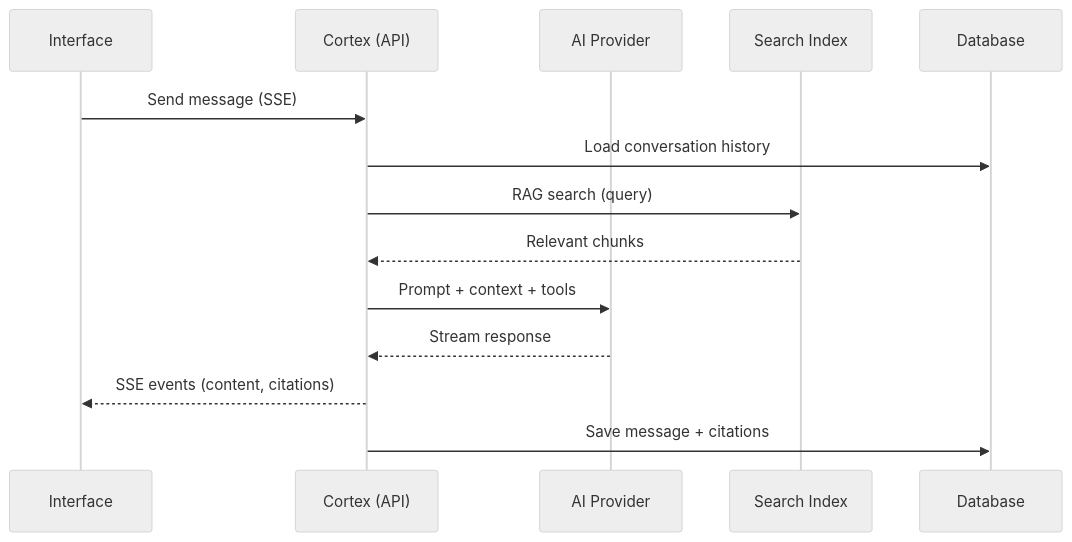
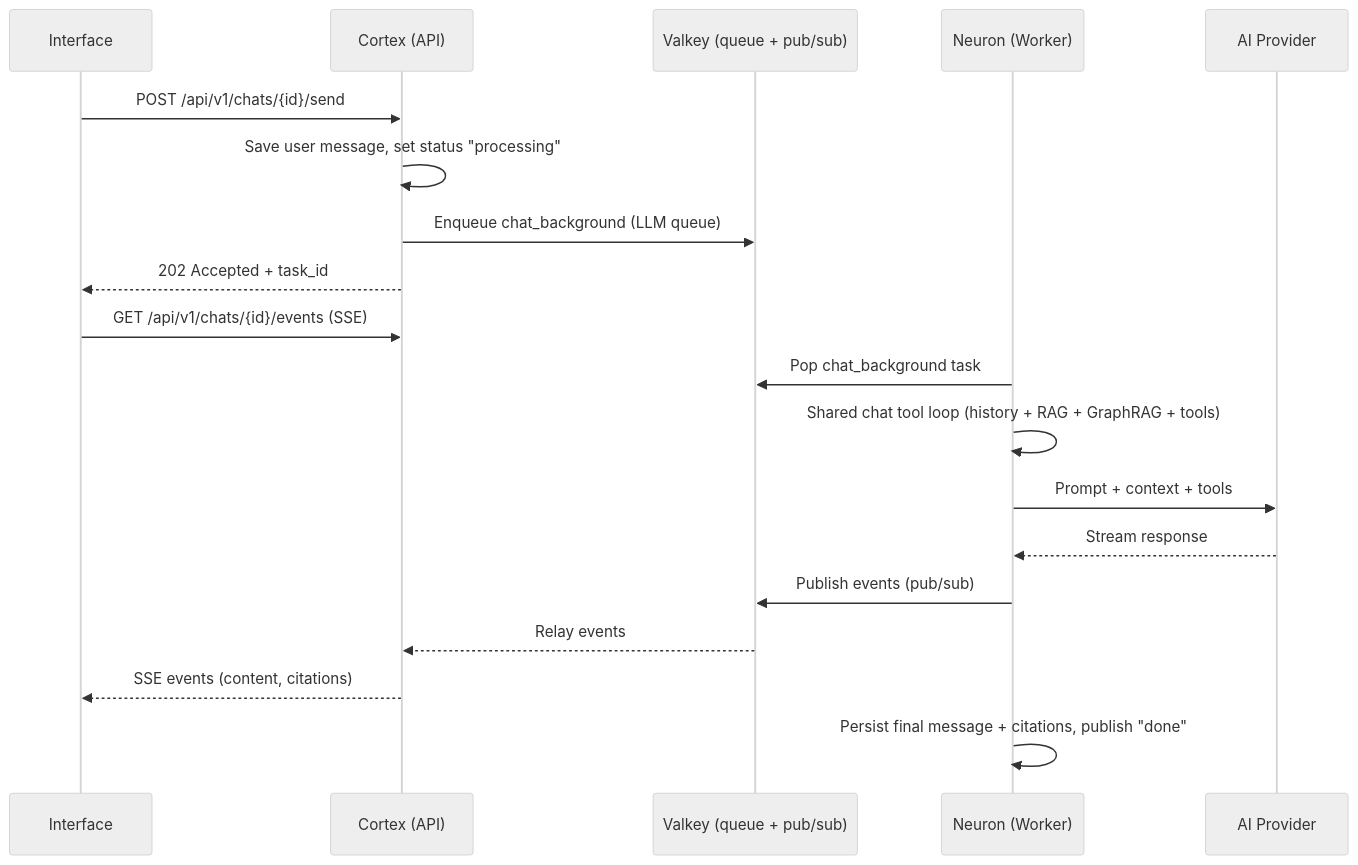
One commit to chaoscypherinc/chaoscypher changed the third of 5 diagrams in packages/docs/docs/architecture/data-flow.md. Above: the diagram before and after it, drawn with Mermaid (neutral theme). The commit also changed other lines of this file and 395 other files, not shown here.

````diff
--- a/packages/docs/docs/architecture/data-flow.md
+++ b/packages/docs/docs/architecture/data-flow.md
@@ -115,17 +130,23 @@
 ```mermaid
 sequenceDiagram
     participant UI as Interface
     participant API as Cortex (API)
+    participant Q as Valkey (queue + pub/sub)
+    participant W as Neuron (Worker)
     participant LLM as AI Provider
-    participant SEARCH as Search Index
-    participant DB as Database
 
-    UI->>API: Send message (SSE)
-    API->>DB: Load conversation history
-    API->>SEARCH: RAG search (query)
-    SEARCH-->>API: Relevant chunks
-    API->>LLM: Prompt + context + tools
-    LLM-->>API: Stream response
+    UI->>API: POST /api/v1/chats/{id}/send
+    API->>API: Save user message, set status "processing"
+    API->>Q: Enqueue chat_background (LLM queue)
+    API-->>UI: 202 Accepted + task_id
+    UI->>API: GET /api/v1/chats/{id}/events (SSE)
+
+    W->>Q: Pop chat_background task
+    W->>W: Shared chat tool loop (history + RAG + GraphRAG + tools)
+    W->>LLM: Prompt + context + tools
+    LLM-->>W: Stream response
+    W->>Q: Publish events (pub/sub)
+    Q-->>API: Relay events
     API-->>UI: SSE events (content, citations)
-    API->>DB: Save message + citations
+    W->>W: Persist final message + citations, publish "done"
 ```
````
